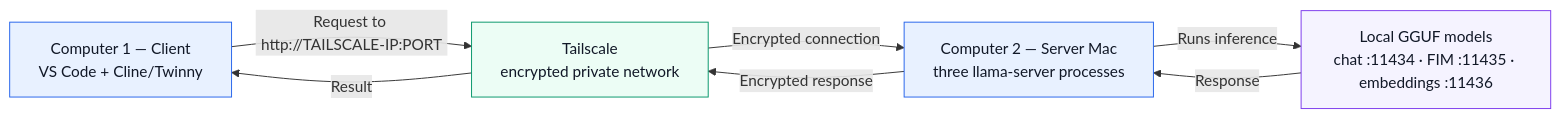
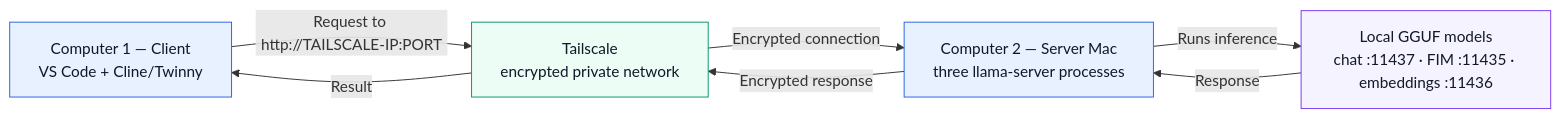
One commit to CraigSDel/Mochi changed the second of 2 diagrams in how_to.md. Above: the diagram before and after it, drawn with Mermaid. The commit also changed other lines of this file and 14 other files, not shown here.

````diff
--- a/how_to.md
+++ b/how_to.md
@@ -82,21 +108,21 @@
 ```mermaid
 flowchart LR
     Client["Computer 1 — Client<br/>VS Code + Cline/Twinny"]
     Tailnet["Tailscale<br/>encrypted private network"]
     Server["Computer 2 — Server Mac<br/>three llama-server processes"]
-    Models["Local GGUF models<br/>chat :11434 · FIM :11435 · embeddings :11436"]
+    Models["Local GGUF models<br/>chat :11437 · FIM :11435 · embeddings :11436"]
 
     Client -->|"Request to http://TAILSCALE-IP:PORT"| Tailnet
     Tailnet -->|"Encrypted connection"| Server
     Server -->|"Runs inference"| Models
     Models -->|"Response"| Server
     Server -->|"Encrypted response"| Tailnet
     Tailnet -->|"Result"| Client
 
     classDef computer fill:#e8f1ff,stroke:#2563eb,color:#111827
     classDef network fill:#ecfdf5,stroke:#059669,color:#111827
     classDef model fill:#f5f3ff,stroke:#7c3aed,color:#111827
     class Client,Server computer
     class Tailnet network
     class Models model
 ```
````
